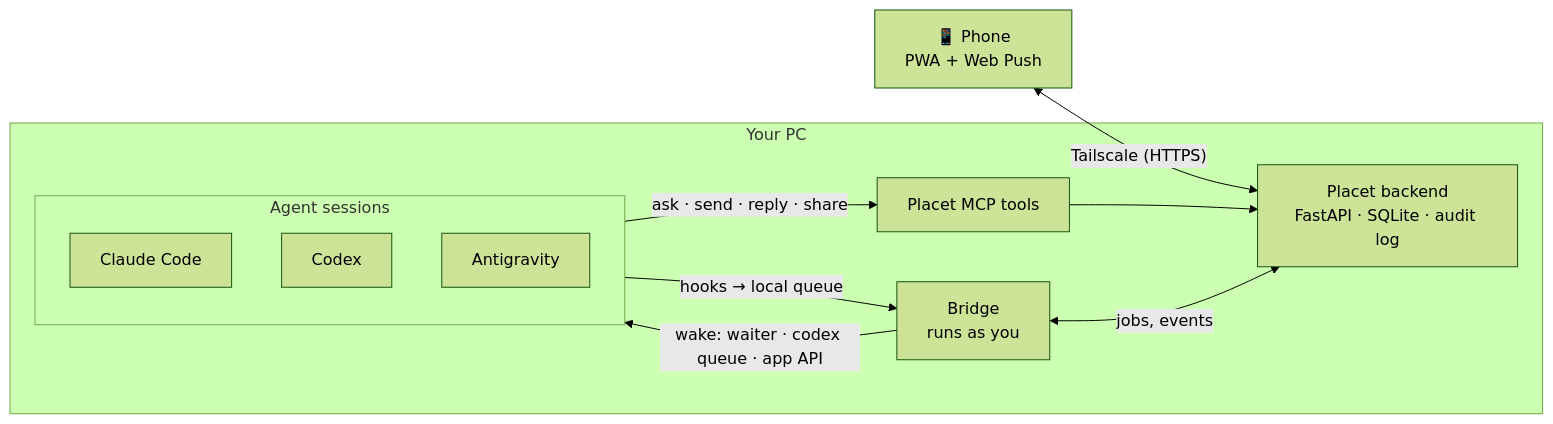
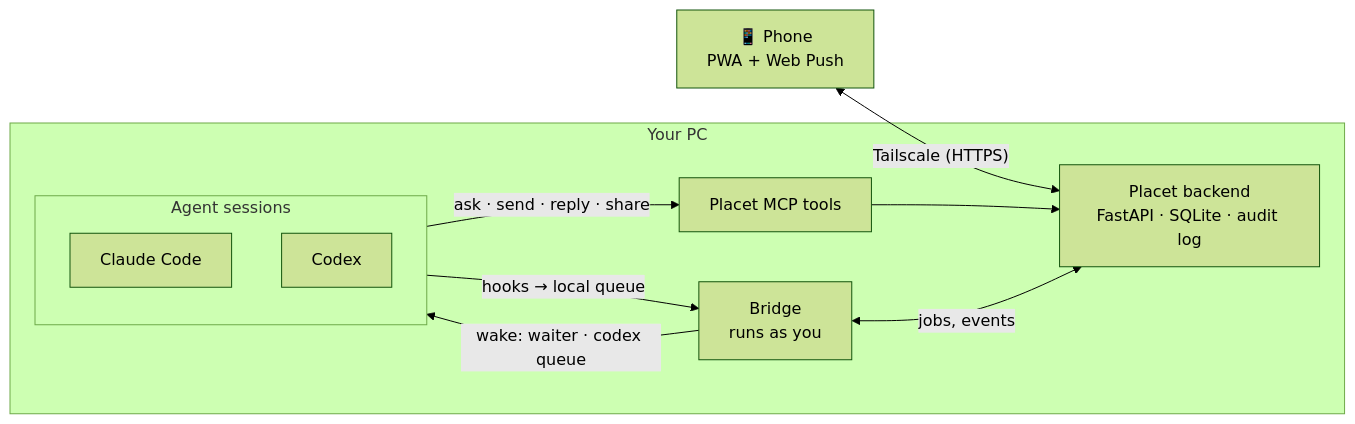
One commit to Pablo-gitub/Placet changed the diagram in README.md. Above: the diagram before and after it, drawn with Mermaid (forest theme). The commit also changed other lines of this file and 32 other files, not shown here.

````diff
--- a/README.md
+++ b/README.md
@@ -78,19 +78,18 @@
 ```mermaid
 flowchart LR
     phone["📱 Phone<br/>PWA + Web Push"]
     subgraph pc["Your PC"]
         backend["Placet backend<br/>FastAPI · SQLite · audit log"]
         bridge["Bridge<br/>runs as you"]
         mcp["Placet MCP tools"]
         subgraph agents["Agent sessions"]
             claude["Claude Code"]
             codex["Codex"]
-            agy["Antigravity"]
         end
     end
     phone <-- "Tailscale (HTTPS)" --> backend
     agents -- "hooks → local queue" --> bridge
     agents -- "ask · send · reply · share" --> mcp --> backend
     bridge <-- "jobs, events" --> backend
-    bridge -- "wake: waiter · codex queue · app API" --> agents
+    bridge -- "wake: waiter · codex queue" --> agents
 ```
````
